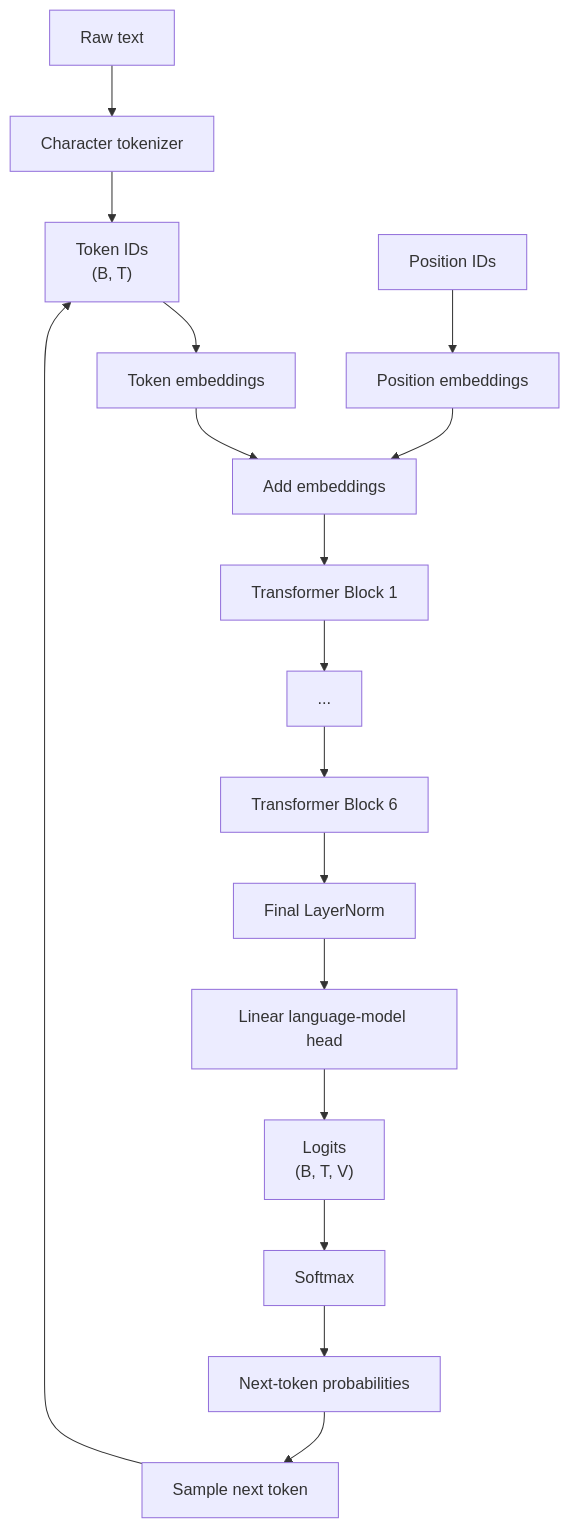
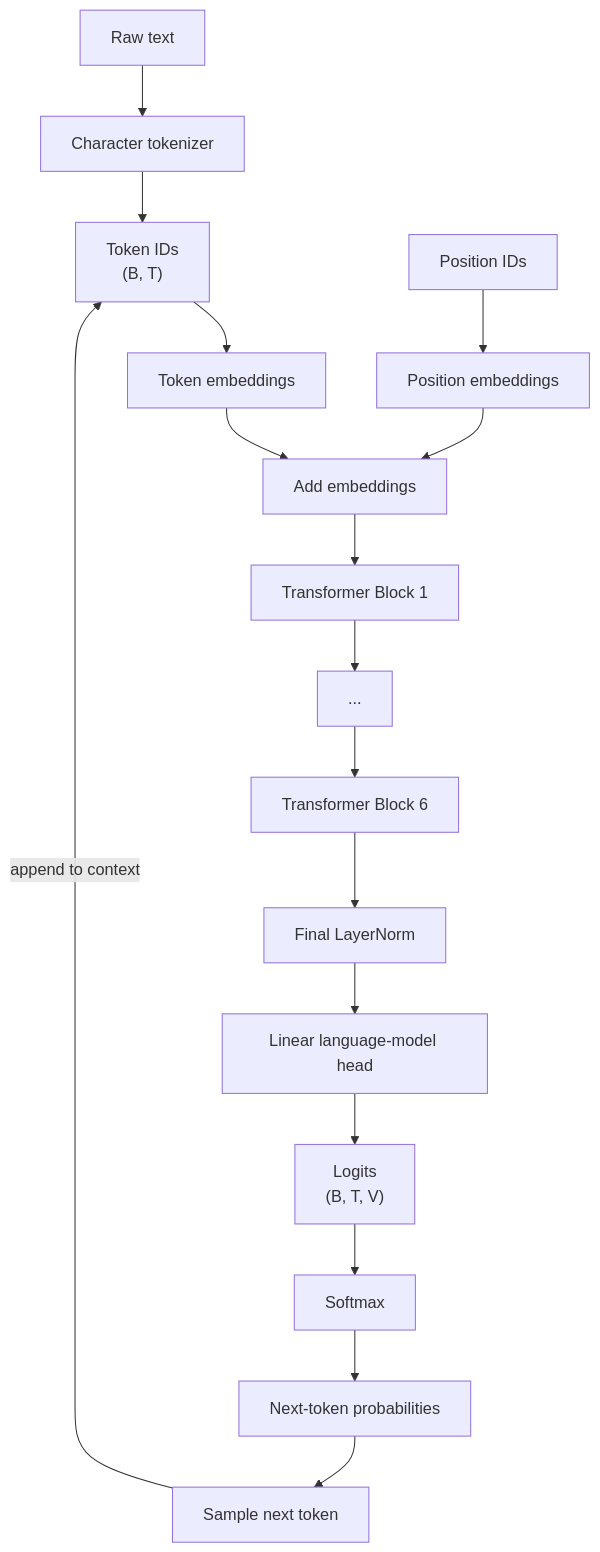
The second of 5 diagrams in README.md (eizadhamdan/GPT_from_scratch), drawn with Mermaid before and after one commit. The commit also changed other lines of this file, not shown here.

````diff
--- a/README.md
+++ b/README.md
@@ -97,23 +88,19 @@
 ```mermaid
 flowchart TD
     A["Raw text"] --> B["Character tokenizer"]
     B --> C["Token IDs<br/>(B, T)"]
     C --> D["Token embeddings"]
-
     P["Position IDs"] --> E["Position embeddings"]
-
     D --> F["Add embeddings"]
     E --> F
-
     F --> G["Transformer Block 1"]
     G --> H["..."]
     H --> I["Transformer Block 6"]
-
     I --> J["Final LayerNorm"]
     J --> K["Linear language-model head"]
     K --> L["Logits<br/>(B, T, V)"]
     L --> M["Softmax"]
     M --> N["Next-token probabilities"]
     N --> O["Sample next token"]
-    O --> C
+    O -->|"append to context"| C
 ```
````
